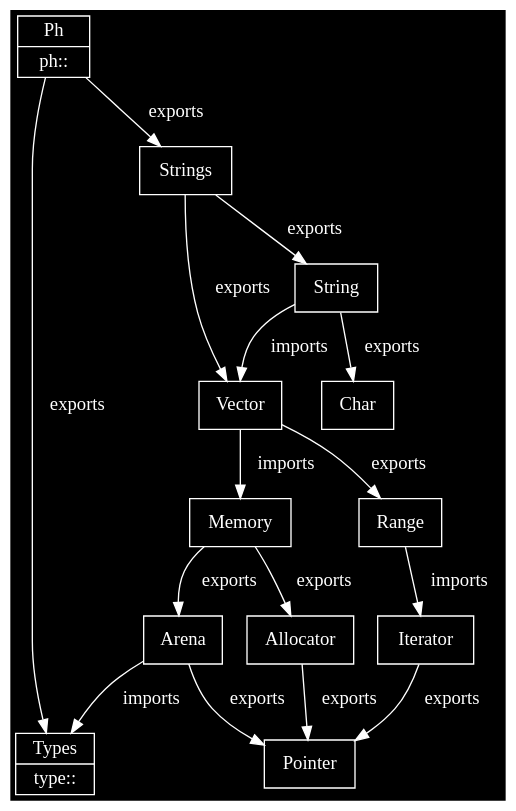
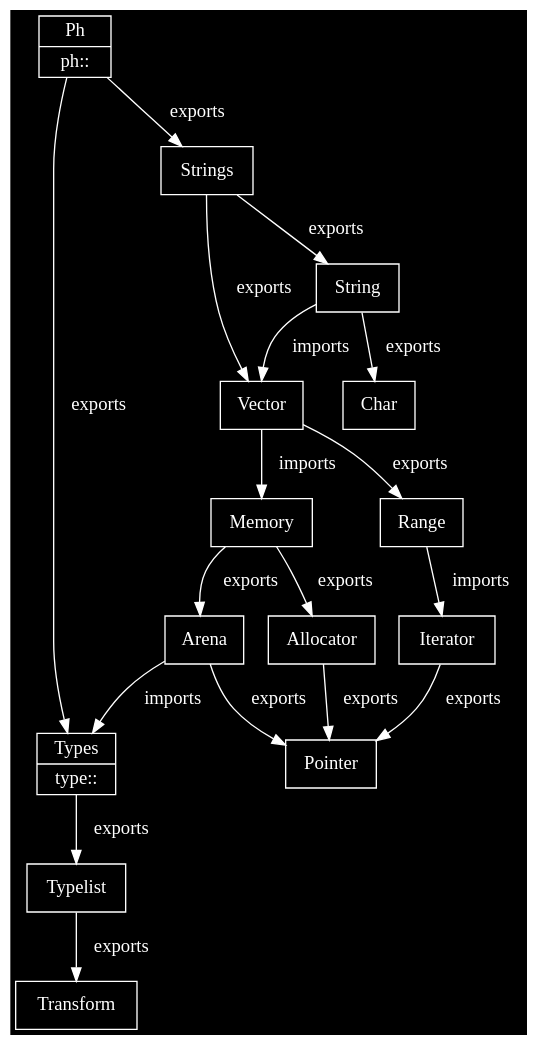
The second of 10 diagrams in README.md (phiwen96/ph), drawn with Graphviz before and after one commit. The commit also changed 3 other files, not shown here.

````diff
--- a/README.md
+++ b/README.md
@@ -93,46 +93,50 @@
 ```graphviz
 digraph structs 
 {
 	compound=true;
 	graph [bgcolor=black fontcolor=white color=white];
 	node [fillcolor=black style=filled color=white fontcolor=white];
 	edge [color=white fontcolor=white];
 
 	Ph [shape = record, label = "{Ph| {ph::}}"]
 	Types [shape = record, label = "{Types| {type::}}"]
 	Memory [shape = record, label = "{Memory}"]
 	Allocator [shape = record, label = "{Allocator}"]
 	Arena [shape = record, label = "{Arena}"]
 
 	String [shape = record, label = "{String}"]
 
 	Strings [shape = record, label = "{Strings}"]
 
 	Vector [shape = record, label = "{Vector}"]
 
 	Range [shape = record, label = "{Range}"]
 
 	Char [shape = record, label = "{Char}"]
 
 	Iterator [shape = record, label = "{Iterator}"]
 	Pointer [shape = record, label = "{Pointer}"]
+	Transform [shape = record, label = "{Transform}"]
+	Typelist [shape = record, label = "{Typelist}"]
 
 
 
 	"Memory" -> "Arena" [shape = record, label = "  exports"]
 	"Arena" -> "Types" [shape = record, label = "  imports"]
 	"Memory" -> "Allocator" [shape = record, label = "  exports"]
 	"Arena" -> "Pointer" [shape = record, label = "  exports"]
 	"Iterator" -> "Pointer" [shape = record, label = "  exports"]
 	"Allocator" -> "Pointer" [shape = record, label = "  exports"]
 	"Range" -> "Iterator" [shape = record, label = "  imports"]
 	"Strings" -> "String" [shape = record, label = "  exports"]
 	"Vector" -> "Range" [shape = record, label = "  exports"]
 	"Vector" -> "Memory" [shape = record, label = "  imports"]
 	"String" -> Char [label = "  exports"]
 	"String" -> "Vector" [label = "  imports"]
 	"Strings" -> "Vector" [label = "  exports"]
 	"Ph" -> "Strings" [label = "  exports"]
+	"Typelist" -> "Transform" [label = "  exports"]
+	"Types" -> "Typelist" [label = "  exports"]
 	"Ph" -> "Types" [label = "  exports"]
 }
 ```
````
